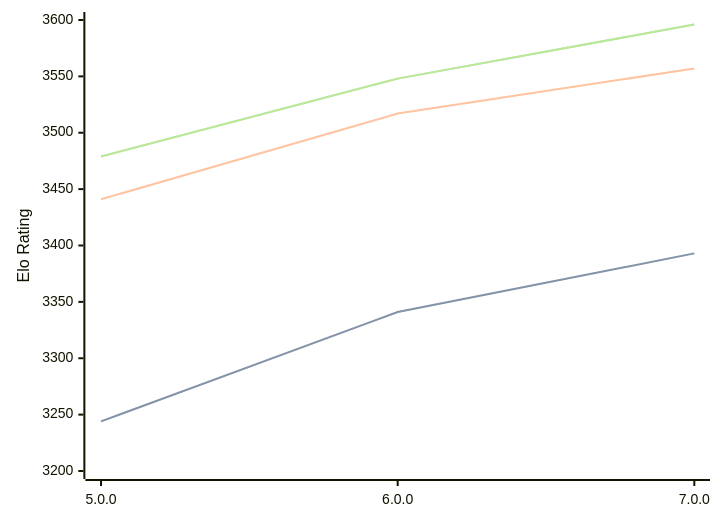
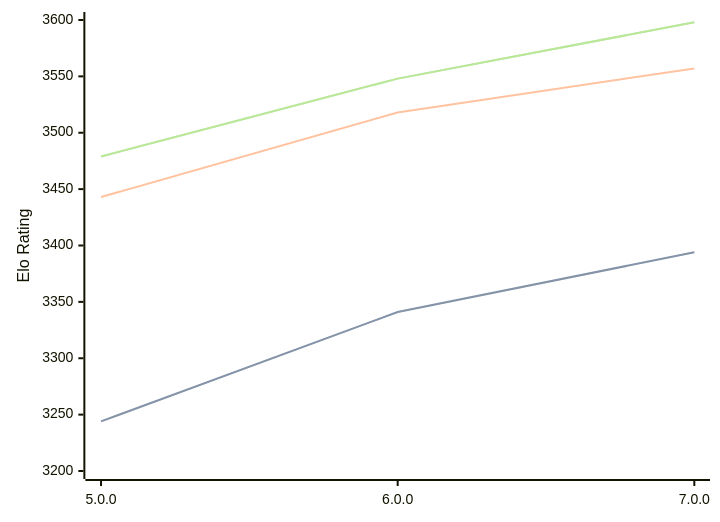
Before and after one commit to computer-chess-index/cci: the diagram in engines/Stormphrax.md, drawn with Mermaid. The commit also changed other lines of this file, not shown here.

Commit message:
Update CCI Ratings (ELO VLTC) - 2026-03-02

````diff
--- a/engines/Stormphrax.md
+++ b/engines/Stormphrax.md
@@ -36,11 +36,11 @@
 ```mermaid
 %%{init: {"theme":"base","themeVariables":{"seriesColors:['#a3a3a3','#222221','#faa371']}}}%%
 xychart-beta
   x-axis ["5.0.0", "6.0.0", "7.0.0"]
   y-axis "Elo Rating" 3200 --> 3600
-  line "STC (8.0+0.08s)" [3244, 3341, 3393]
-  line "STC (8.0+0.08s)" [3244, 3341, 3393]
-  line "LTC (60.0+0.60s)" [3441, 3517, 3557]
-  line "VLTC (2m24s+1.12s)" [3479, 3548, 3596]
-  line "VLTC (2m24s+1.12s)" [3479, 3548, 3596]
+  line "STC (8.0+0.08s)" [3244, 3341, 3394]
+  line "STC (8.0+0.08s)" [3244, 3341, 3394]
+  line "LTC (60.0+0.60s)" [3443, 3518, 3557]
+  line "VLTC (2m24s+1.12s)" [3479, 3548, 3598]
+  line "VLTC (2m24s+1.12s)" [3479, 3548, 3598]
 ```
````
